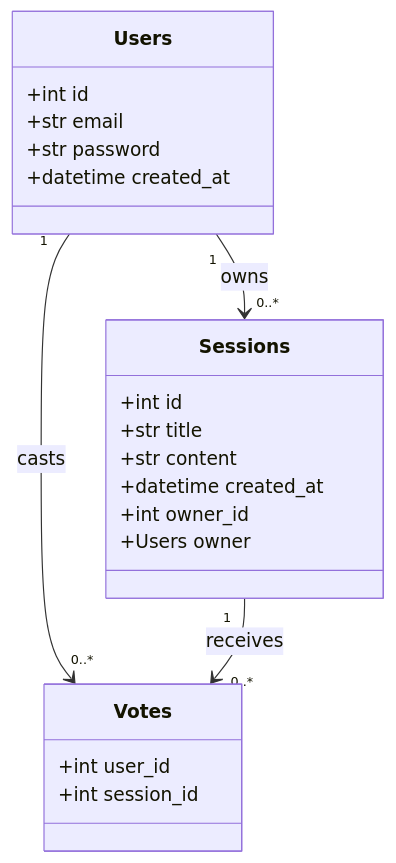
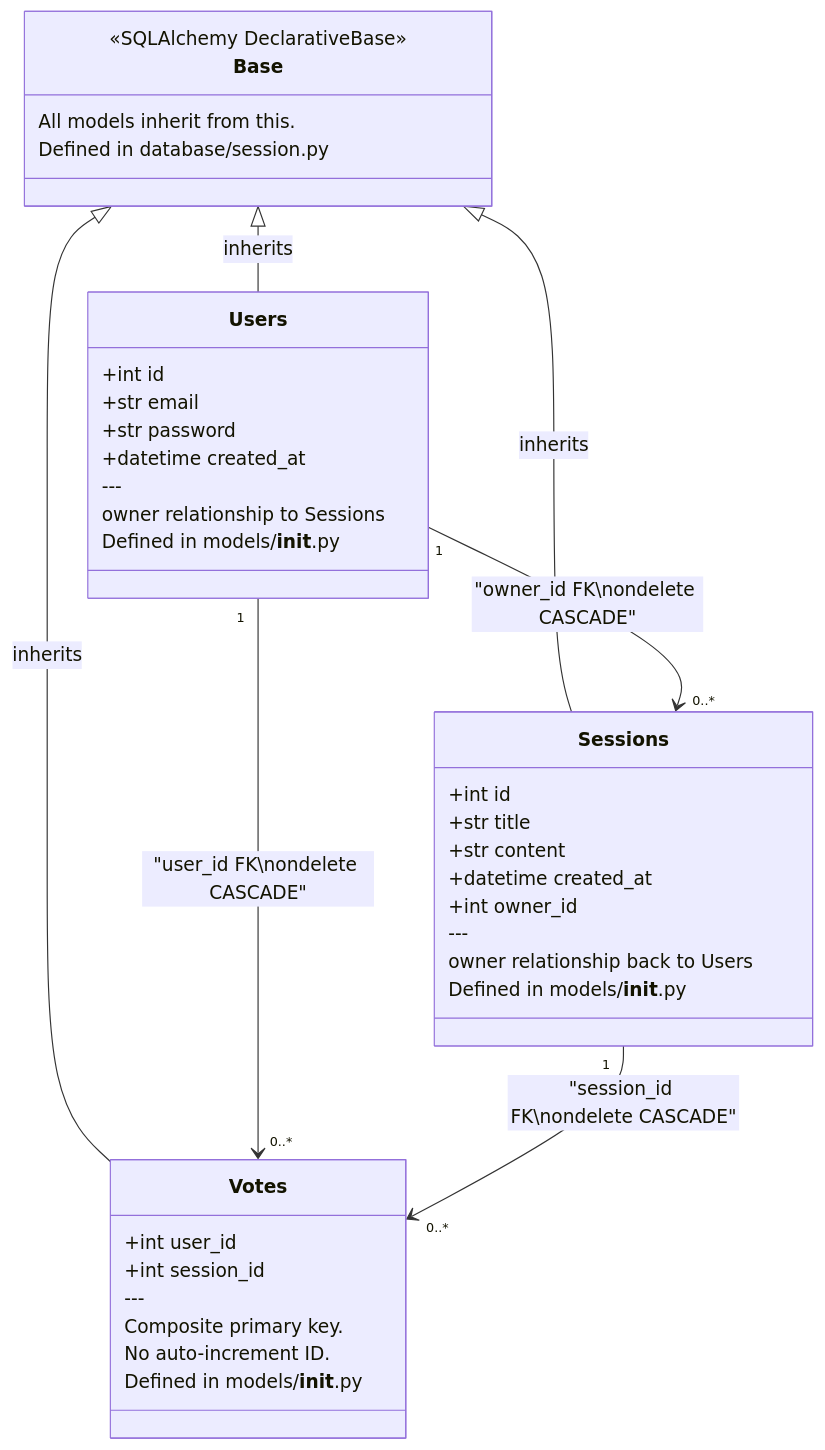
The first of 4 diagrams in docs/04_class_diagram.md (john3lizama/Music_Practice_Companion), drawn with Mermaid before and after one commit. The commit also changed other lines of this file and 5 other files, not shown here.

Commit message:
Enhance audio data pipeline documentation: clarify purpose, structure, and flow; detail each processing step with inputs, outputs, and algorithms; improve feedback generation and scoring sections; and outline implementation order and future enhancements.

````diff
--- a/docs/04_class_diagram.md
+++ b/docs/04_class_diagram.md
@@ -18,28 +33,48 @@
 ```mermaid
 classDiagram
+    direction TB
+
+    class Base {
+        <<SQLAlchemy DeclarativeBase>>
+        All models inherit from this.
+        Defined in database/session.py
+    }
 
     class Users {
         +int id
         +str email
         +str password
         +datetime created_at
+        ---
+        owner relationship to Sessions
+        Defined in models/__init__.py
     }
 
     class Sessions {
         +int id
         +str title
         +str content
         +datetime created_at
         +int owner_id
-        +Users owner
+        ---
+        owner relationship back to Users
+        Defined in models/__init__.py
     }
 
     class Votes {
         +int user_id
         +int session_id
+        ---
+        Composite primary key.
+        No auto-increment ID.
+        Defined in models/__init__.py
     }
 
-    Users "1" --> "0..*" Sessions : owns
-    Users "1" --> "0..*" Votes   : casts
-    Sessions "1" --> "0..*" Votes : receives
+    Base <|-- Users     : inherits
+    Base <|-- Sessions  : inherits
+    Base <|-- Votes     : inherits
+
+    Users "1" --> "0..*" Sessions : "owner_id FK\nondelete CASCADE"
+    Users "1" --> "0..*" Votes    : "user_id FK\nondelete CASCADE"
+    Sessions "1" --> "0..*" Votes : "session_id FK\nondelete CASCADE"
 ```
````
